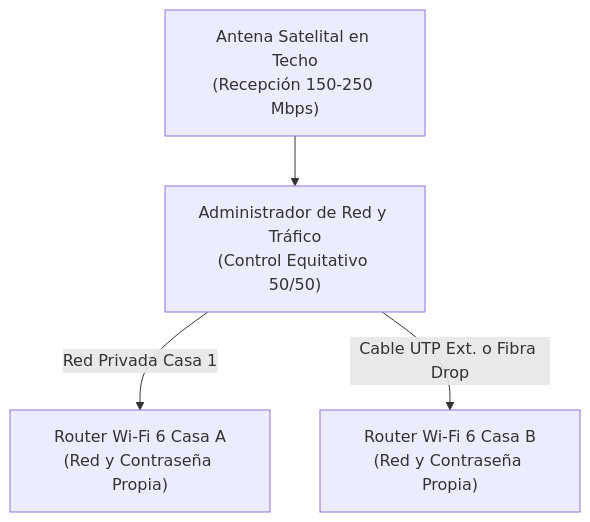
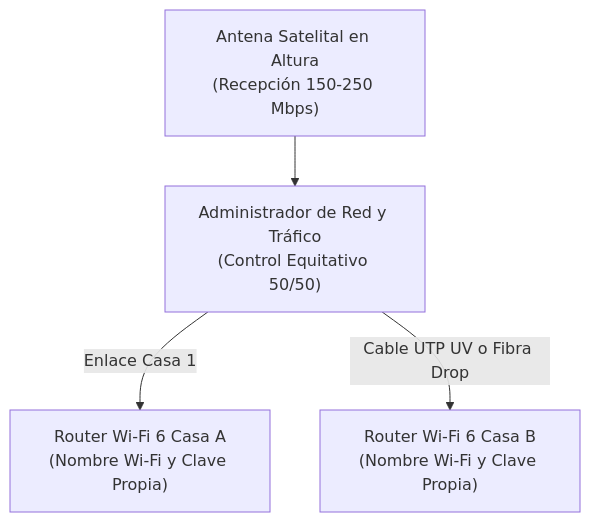
One commit to luisbrioness-arch/hogartv changed the diagram in src/content/articles/instalacion-internet-satelital-rural-chile-redes-parcelas.mdx. Above: the diagram before and after it, drawn with Mermaid. The commit also changed other lines of this file and 58 other files, not shown here.

````diff
--- a/src/content/articles/instalacion-internet-satelital-rural-chile-redes-parcelas.mdx
+++ b/src/content/articles/instalacion-internet-satelital-rural-chile-redes-parcelas.mdx
@@ -376,6 +332,6 @@
 ```mermaid
 flowchart TD
-    SAT["Antena Satelital en Techo<br>(Recepción 150-250 Mbps)"] --> MIK["Administrador de Red y Tráfico<br>(Control Equitativo 50/50)"]
-    MIK -->|"Red Privada Casa 1"| R1["Router Wi-Fi 6 Casa A<br>(Red y Contraseña Propia)"]
-    MIK -->|"Cable UTP Ext. o Fibra Drop"| R2["Router Wi-Fi 6 Casa B<br>(Red y Contraseña Propia)"]
+    SAT["Antena Satelital en Altura<br>(Recepción 150-250 Mbps)"] --> ADM["Administrador de Red y Tráfico<br>(Control Equitativo 50/50)"]
+    ADM -->|"Enlace Casa 1"| R1["Router Wi-Fi 6 Casa A<br>(Nombre Wi-Fi y Clave Propia)"]
+    ADM -->|"Cable UTP UV o Fibra Drop"| R2["Router Wi-Fi 6 Casa B<br>(Nombre Wi-Fi y Clave Propia)"]
 ```
````
